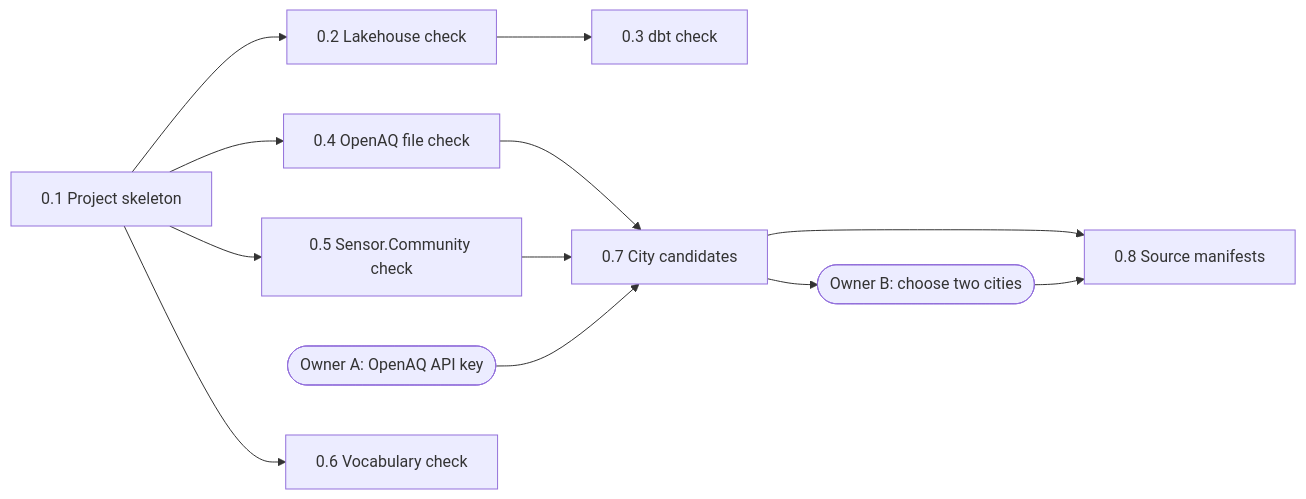
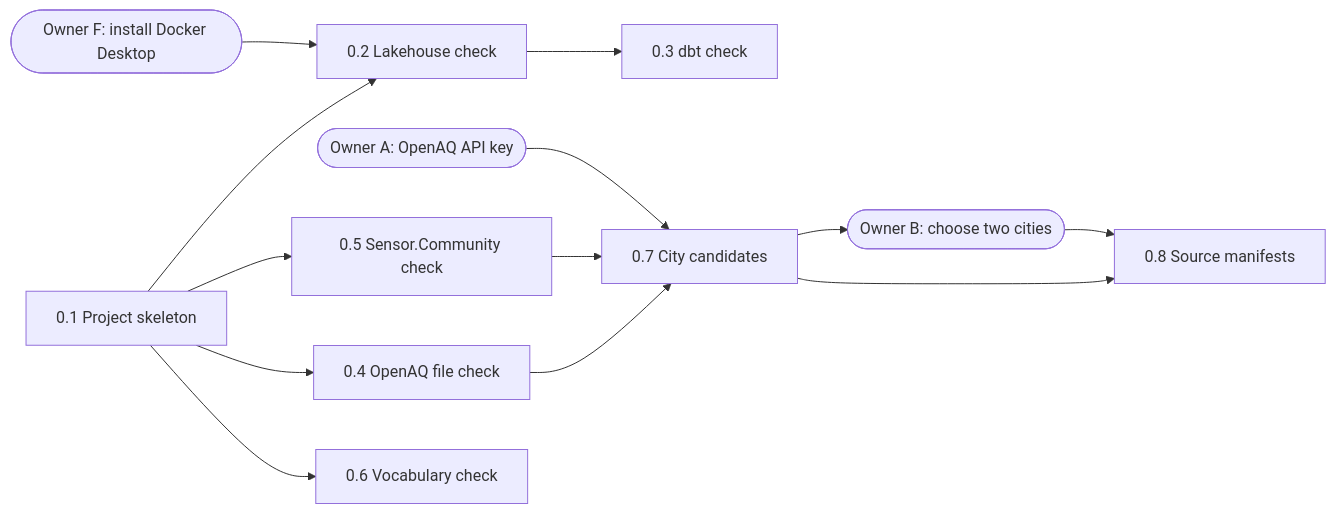
One commit to ShreyNiraula/air-quality-lakehouse changed the first of 6 diagrams in ROADMAP.md. Above: the diagram before and after it, drawn with Mermaid. The commit also changed other lines of this file, not shown here.

Commit message:
Roadmap: add the Docker owner item and the Sensor.Community archive lag

````diff
--- a/ROADMAP.md
+++ b/ROADMAP.md
@@ -25,24 +25,26 @@
 ```mermaid
 flowchart LR
   oA(["Owner A: OpenAQ API key"])
   oB(["Owner B: choose two cities"])
+  oF(["Owner F: install Docker Desktop"])
   t0_1["0.1 Project skeleton"]
   t0_2["0.2 Lakehouse check"]
   t0_3["0.3 dbt check"]
   t0_4["0.4 OpenAQ file check"]
   t0_5["0.5 Sensor.Community check"]
   t0_6["0.6 Vocabulary check"]
   t0_7["0.7 City candidates"]
   t0_8["0.8 Source manifests"]
   t0_1 --> t0_2
+  oF --> t0_2
   t0_1 --> t0_4
   t0_1 --> t0_5
   t0_1 --> t0_6
   t0_2 --> t0_3
   t0_4 --> t0_7
   t0_5 --> t0_7
   oA --> t0_7
   t0_7 --> oB
   t0_7 --> t0_8
   oB --> t0_8
 ```
````
